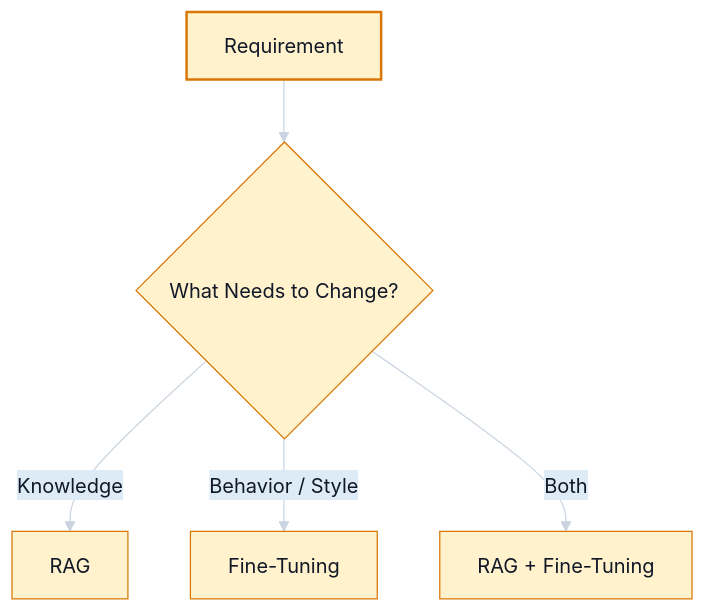
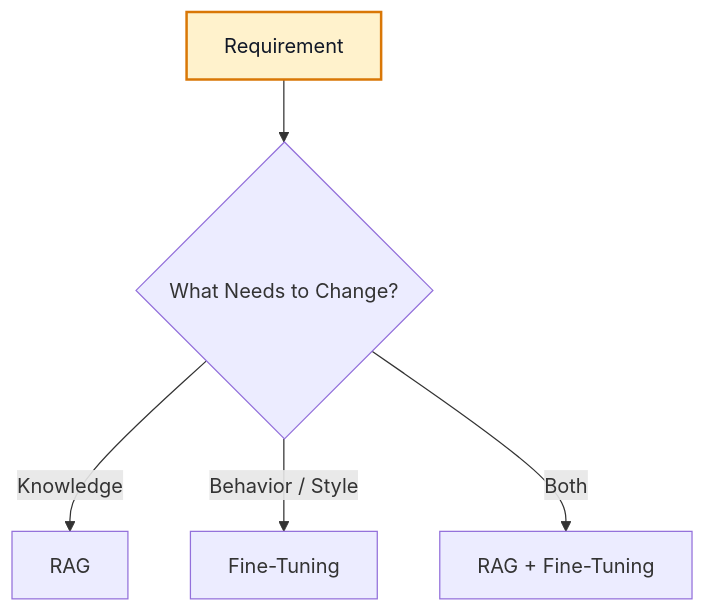
The tenth of 26 diagrams in AI-Engineer-Interview-Questions-2026.md (azam123/awesome-ai-engineer), drawn with Mermaid before and after one commit. The commit also changed other lines of this file, not shown here.

Commit message:
docs: fix GitHub Mermaid rendering compatibility

````diff
--- a/AI-Engineer-Interview-Questions-2026.md
+++ b/AI-Engineer-Interview-Questions-2026.md
@@ -737,12 +728,11 @@
 ```mermaid
 flowchart TD
-%%{init: {"theme":"base","themeVariables":{"background":"#111827","primaryColor":"#FFF2CC","primaryTextColor":"#111827","primaryBorderColor":"#D97706","lineColor":"#CBD5E1","secondaryColor":"#DDEBF7","secondaryTextColor":"#111827","secondaryBorderColor":"#2563EB","tertiaryColor":"#E2F0D9","tertiaryTextColor":"#111827","tertiaryBorderColor":"#15803D","noteBkgColor":"#FFF2CC","noteTextColor":"#111827","noteBorderColor":"#D97706","actorBkg":"#DDEBF7","actorBorder":"#2563EB","actorTextColor":"#111827","signalColor":"#E5E7EB","signalTextColor":"#111827","labelBoxBkgColor":"#FFF2CC","labelBoxBorderColor":"#D97706","labelTextColor":"#111827"}}}%%
+A[Requirement] --> B{What Needs to Change?}
+B -->|Knowledge| C[RAG]
+B -->|Behavior / Style| D[Fine-Tuning]
+B -->|Both| E[RAG + Fine-Tuning]
+class A yellow
 classDef yellow fill:#FFF2CC,stroke:#D97706,stroke-width:2px,color:#111827;
 classDef blue fill:#DDEBF7,stroke:#2563EB,stroke-width:2px,color:#111827;
 classDef green fill:#E2F0D9,stroke:#15803D,stroke-width:2px,color:#111827;
-    A[Requirement] --> B{What Needs to Change?}
-    B -->|Knowledge| C[RAG]
-    B -->|Behavior / Style| D[Fine-Tuning]
-    B -->|Both| E[RAG + Fine-Tuning]
-    class A yellow;
 ```
````
